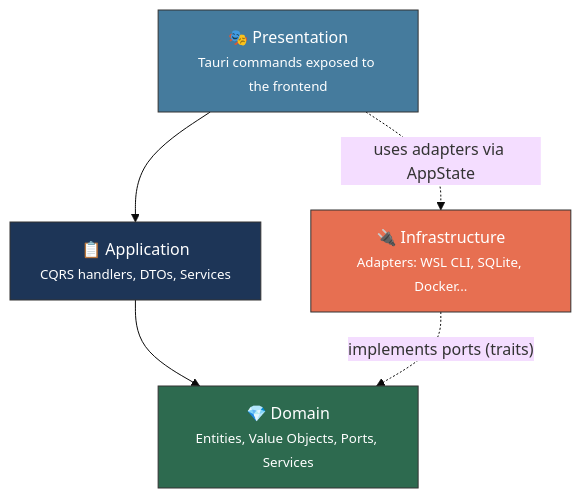
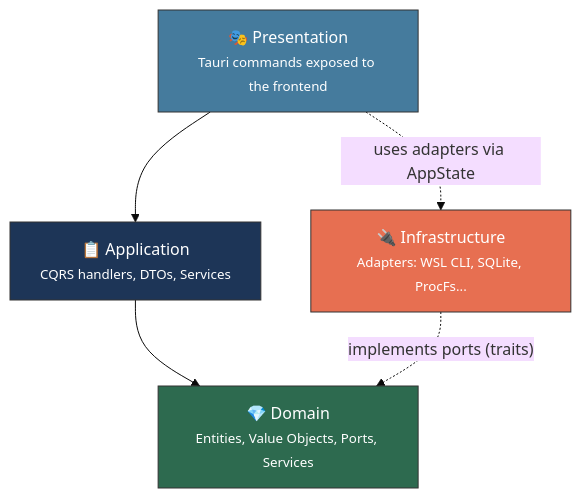
Before and after one commit to muchiny/wsl-dashboard: the first of 2 diagrams in src-tauri/README.md, drawn with Mermaid (base theme). The commit also changed other lines of this file and 10 other files, not shown here.

First line of the commit message:
docs: update all 11 READMEs to reflect current architecture

````diff
--- a/src-tauri/README.md
+++ b/src-tauri/README.md
@@ -11,17 +11,17 @@
 ```mermaid
 graph TD
     P["🎭 Presentation<br/><small>Tauri commands exposed to the frontend</small>"]
     A["📋 Application<br/><small>CQRS handlers, DTOs, Services</small>"]
     D["💎 Domain<br/><small>Entities, Value Objects, Ports, Services</small>"]
-    I["🔌 Infrastructure<br/><small>Adapters: WSL CLI, SQLite, Docker...</small>"]
+    I["🔌 Infrastructure<br/><small>Adapters: WSL CLI, SQLite, ProcFs...</small>"]
 
     P --> A
     A --> D
     I -.->|"implements ports (traits)"| D
     P -.->|"uses adapters via AppState"| I
 
     style D fill:#2d6a4f,stroke:#333,color:#fff
     style A fill:#1d3557,stroke:#333,color:#fff
     style I fill:#e76f51,stroke:#333,color:#fff
     style P fill:#457b9d,stroke:#333,color:#fff
 ```
````
